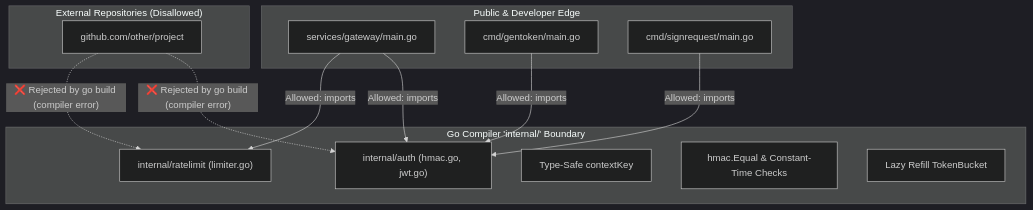
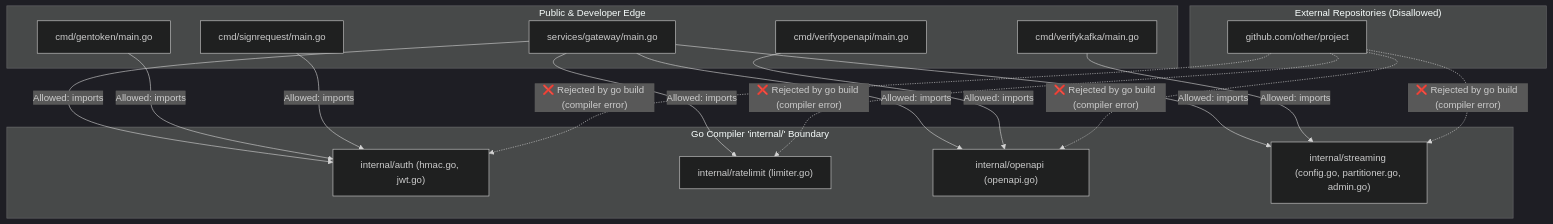
The diagram in services/gateway/internal/README.md (charan21042005/novaris), drawn with Mermaid (dark theme) before and after one commit. The commit also changed other lines of this file and 2 other files, not shown here.

Commit message:
docs(internal): add root READMEs for internal/openapi and internal/streaming with updated directory catalog

````diff
--- a/services/gateway/internal/README.md
+++ b/services/gateway/internal/README.md
@@ -62,28 +74,35 @@
 ```mermaid
 flowchart TD
     subgraph PublicEdge ["Public & Developer Edge"]
         GatewayMain["services/gateway/main.go"]
         GenTokenCLI["cmd/gentoken/main.go"]
         SignRequestCLI["cmd/signrequest/main.go"]
+        VerifyKafkaCLI["cmd/verifykafka/main.go"]
+        VerifyOpenAPICLI["cmd/verifyopenapi/main.go"]
     end
 
     subgraph InternalBoundary ["Go Compiler 'internal/' Boundary"]
         AuthPackage["internal/auth (hmac.go, jwt.go)"]
         RateLimitPackage["internal/ratelimit (limiter.go)"]
-        ContextKey["Type-Safe contextKey"]
-        CryptoVerify["hmac.Equal & Constant-Time Checks"]
-        TokenBucket["Lazy Refill TokenBucket"]
+        OpenAPIPackage["internal/openapi (openapi.go)"]
+        StreamingPackage["internal/streaming (config.go, partitioner.go, admin.go)"]
     end
 
     subgraph ExternalDisallowed ["External Repositories (Disallowed)"]
         ExternalModule["github.com/other/project"]
     end
 
     GatewayMain -->|"Allowed: imports"| AuthPackage
     GatewayMain -->|"Allowed: imports"| RateLimitPackage
+    GatewayMain -->|"Allowed: imports"| OpenAPIPackage
+    GatewayMain -->|"Allowed: imports"| StreamingPackage
     GenTokenCLI -->|"Allowed: imports"| AuthPackage
     SignRequestCLI -->|"Allowed: imports"| AuthPackage
+    VerifyKafkaCLI -->|"Allowed: imports"| StreamingPackage
+    VerifyOpenAPICLI -->|"Allowed: imports"| OpenAPIPackage
 
     ExternalModule -.->|"❌ Rejected by go build (compiler error)"| AuthPackage
     ExternalModule -.->|"❌ Rejected by go build (compiler error)"| RateLimitPackage
+    ExternalModule -.->|"❌ Rejected by go build (compiler error)"| OpenAPIPackage
+    ExternalModule -.->|"❌ Rejected by go build (compiler error)"| StreamingPackage
 ```
````
